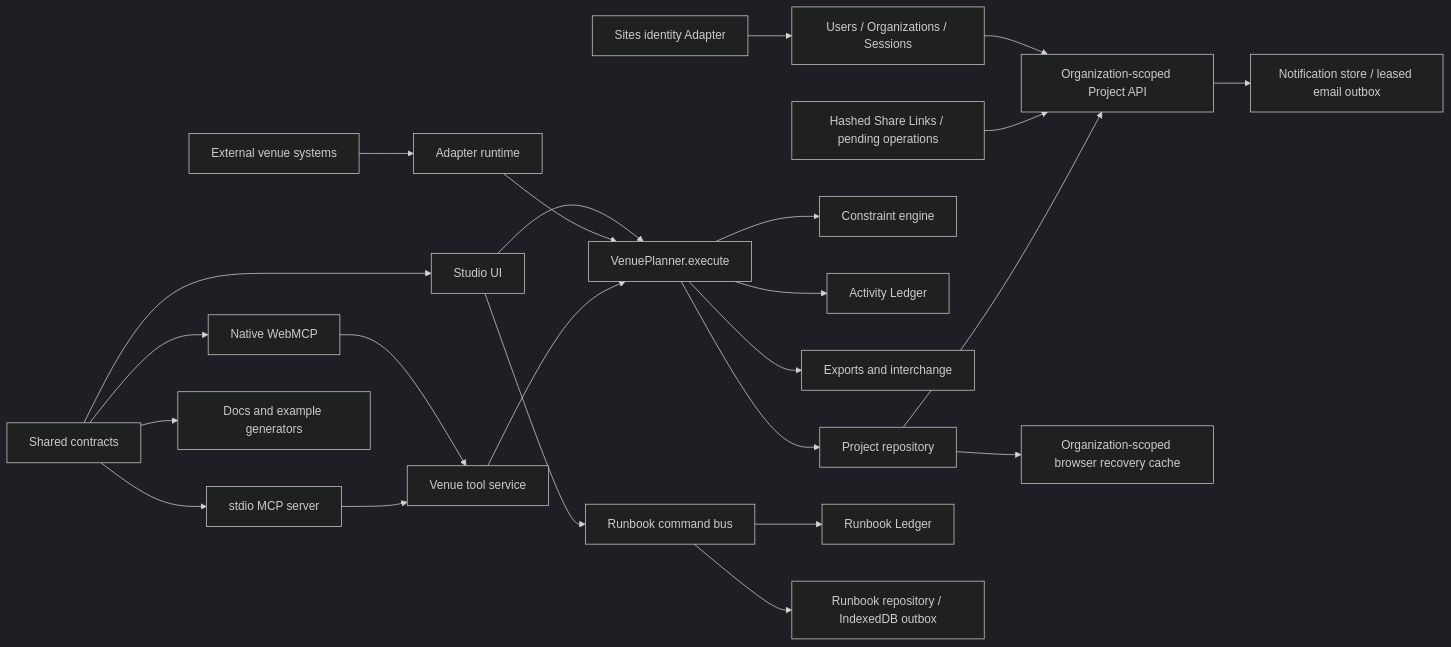
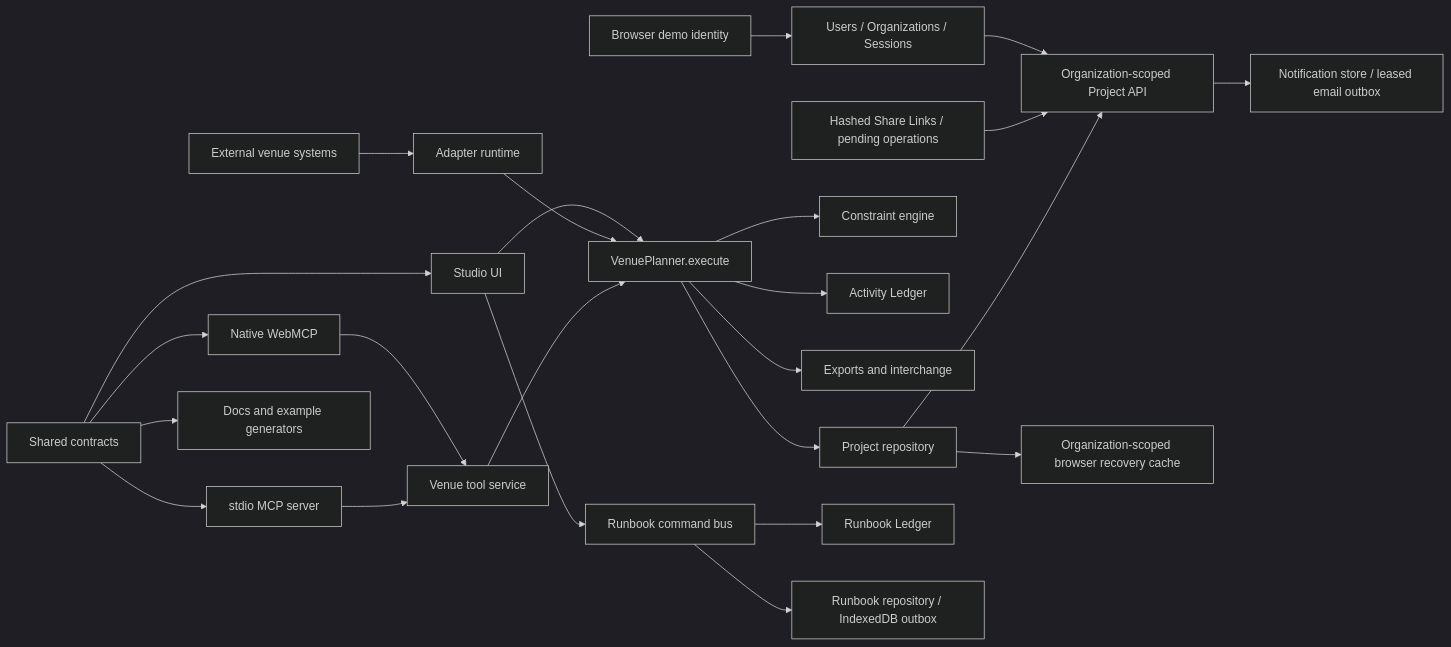
Before and after one commit to Seyamalam/venue-mind: the first of 2 diagrams in docs/architecture.md, drawn with Mermaid (dark theme). The commit also changed 41 other files, not shown here.

````diff
--- a/docs/architecture.md
+++ b/docs/architecture.md
@@ -7,26 +7,26 @@
 ```mermaid
 flowchart LR
-  IDP[Sites identity Adapter] --> ACCOUNTS[Users / Organizations / Sessions]
+  IDP[Browser demo identity] --> ACCOUNTS[Users / Organizations / Sessions]
   ACCOUNTS --> API[Organization-scoped Project API]
   SHARE[Hashed Share Links / pending operations] --> API
   API --> NOTIFY[Notification store / leased email outbox]
   UI[Studio UI] --> BUS[VenuePlanner.execute]
   UI --> RUNBUS[Runbook command bus]
   WEB[Native WebMCP] --> SERVICE[Venue tool service]
   MCP[stdio MCP server] --> SERVICE
   EXT[External venue systems] --> ADAPTERS[Adapter runtime]
   ADAPTERS --> BUS
   SERVICE --> BUS
   CONTRACTS[Shared contracts] --> UI
   CONTRACTS --> WEB
   CONTRACTS --> MCP
   CONTRACTS --> DOCGEN[Docs and example generators]
   BUS --> VALIDATE[Constraint engine]
   BUS --> LEDGER[Activity Ledger]
   BUS --> EXPORTS[Exports and interchange]
   BUS --> PROJECTS[Project repository]
   RUNBUS --> RUNLEDGER[Runbook Ledger]
   RUNBUS --> RUNSTORE[Runbook repository / IndexedDB outbox]
   PROJECTS --> API
   PROJECTS --> LOCAL[Organization-scoped browser recovery cache]
 ```
````
